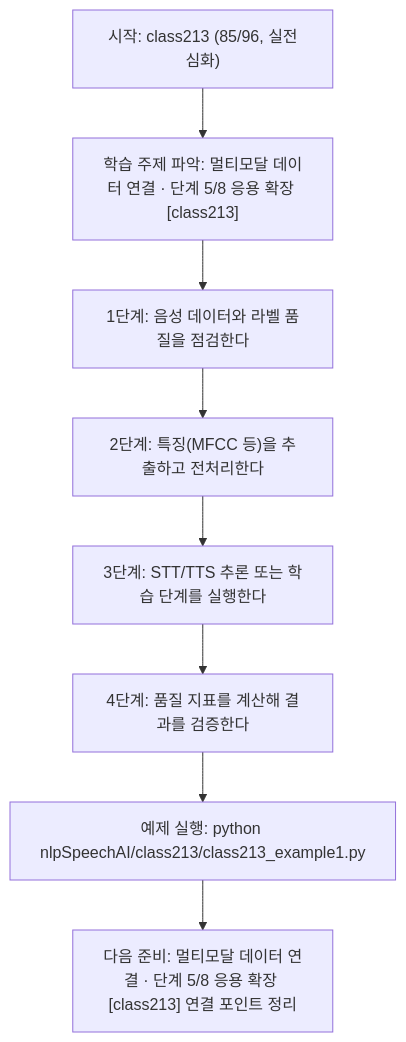
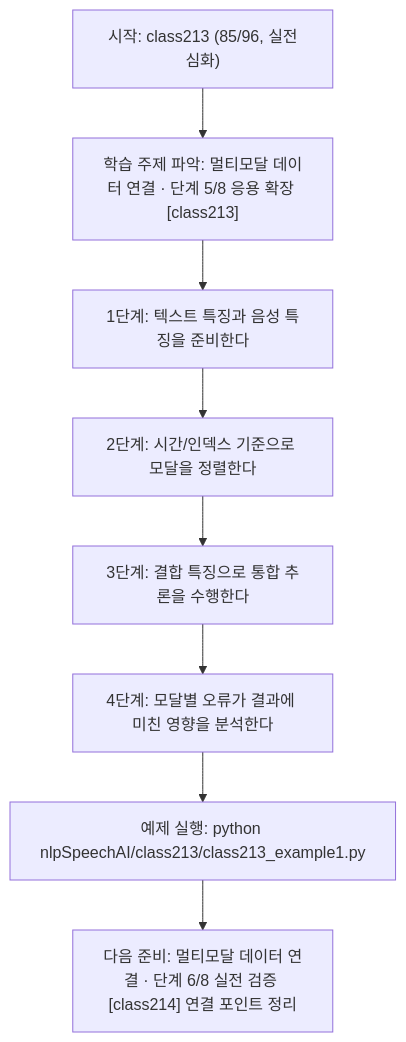
The diagram in nlpSpeechAI/class213/class213.md (edumgt/Python-AI_Agent-Class), drawn with Mermaid before and after one commit. The commit also changed other lines of this file and 1122 other files, not shown here.

````diff
--- a/nlpSpeechAI/class213/class213.md
+++ b/nlpSpeechAI/class213/class213.md
@@ -114,18 +95,18 @@
 ```mermaid
 flowchart TD
 N1["시작: class213 (85/96, 실전심화)"]
 N2["학습 주제 파악: 멀티모달 데이터 연결 · 단계 5/8 응용 확장 [class213]"]
-N3["1단계: 음성 데이터와 라벨 품질을 점검한다"]
-N4["2단계: 특징(MFCC 등)을 추출하고 전처리한다"]
-N5["3단계: STT/TTS 추론 또는 학습 단계를 실행한다"]
-N6["4단계: 품질 지표를 계산해 결과를 검증한다"]
+N3["1단계: 텍스트 특징과 음성 특징을 준비한다"]
+N4["2단계: 시간/인덱스 기준으로 모달을 정렬한다"]
+N5["3단계: 결합 특징으로 통합 추론을 수행한다"]
+N6["4단계: 모달별 오류가 결과에 미친 영향을 분석한다"]
 N7["예제 실행: python nlpSpeechAI/class213/class213_example1.py"]
-N8["다음 준비: 멀티모달 데이터 연결 · 단계 5/8 응용 확장 [class213] 연결 포인트 정리"]
+N8["다음 준비: 멀티모달 데이터 연결 · 단계 6/8 실전 검증 [class214] 연결 포인트 정리"]
 N1 --> N2
 N2 --> N3
 N3 --> N4
 N4 --> N5
 N5 --> N6
 N6 --> N7
 N7 --> N8
 ```
````
